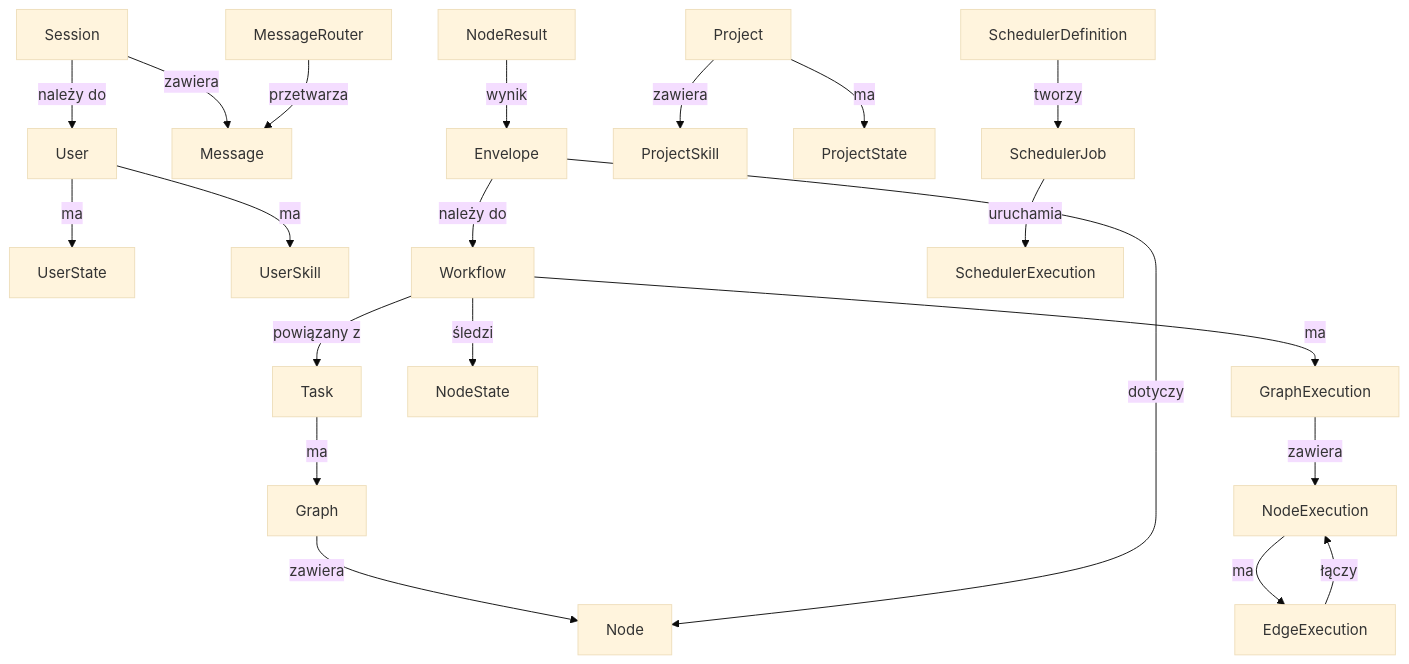
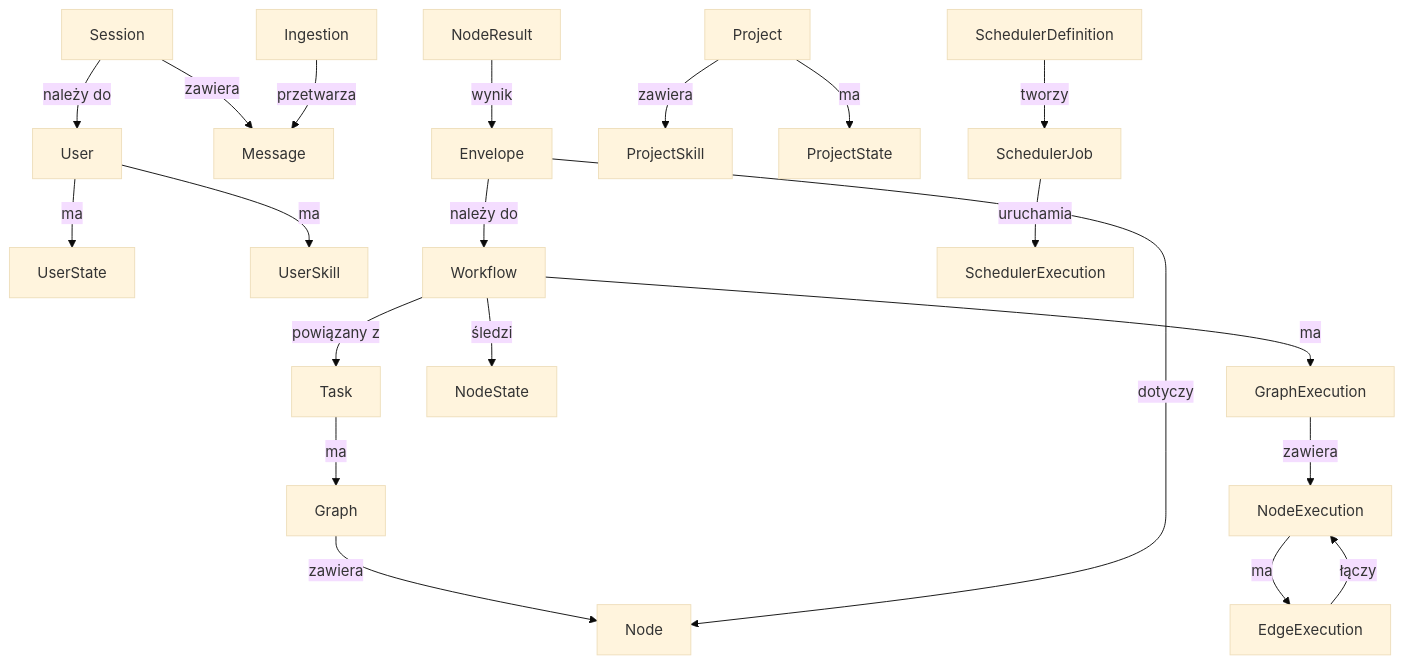
The diagram in shell/README.md (WiejskiLopez/SHELL), drawn with Mermaid (base theme) before and after one commit. The commit also changed other lines of this file and 531 other files, not shown here.

````diff
--- a/shell/README.md
+++ b/shell/README.md
@@ -458,23 +442,23 @@
 ```mermaid
 graph TD
     User -->|ma| UserState
     User -->|ma| UserSkill
     Session -->|należy do| User
     Session -->|zawiera| Message
     Task -->|ma| Graph
     Graph -->|zawiera| Node
     Workflow -->|śledzi| NodeState
     Workflow -->|powiązany z| Task
     Workflow -->|ma| GraphExecution
     GraphExecution -->|zawiera| NodeExecution
     NodeExecution -->|ma| EdgeExecution
     EdgeExecution -->|łączy| NodeExecution
     Envelope -->|należy do| Workflow
     Envelope -->|dotyczy| Node
     NodeResult -->|wynik| Envelope
     Project -->|zawiera| ProjectSkill
     Project -->|ma| ProjectState
     SchedulerDefinition -->|tworzy| SchedulerJob
     SchedulerJob -->|uruchamia| SchedulerExecution
-    MessageRouter -->|przetwarza| Message
+    Ingestion -->|przetwarza| Message
 ```
````
